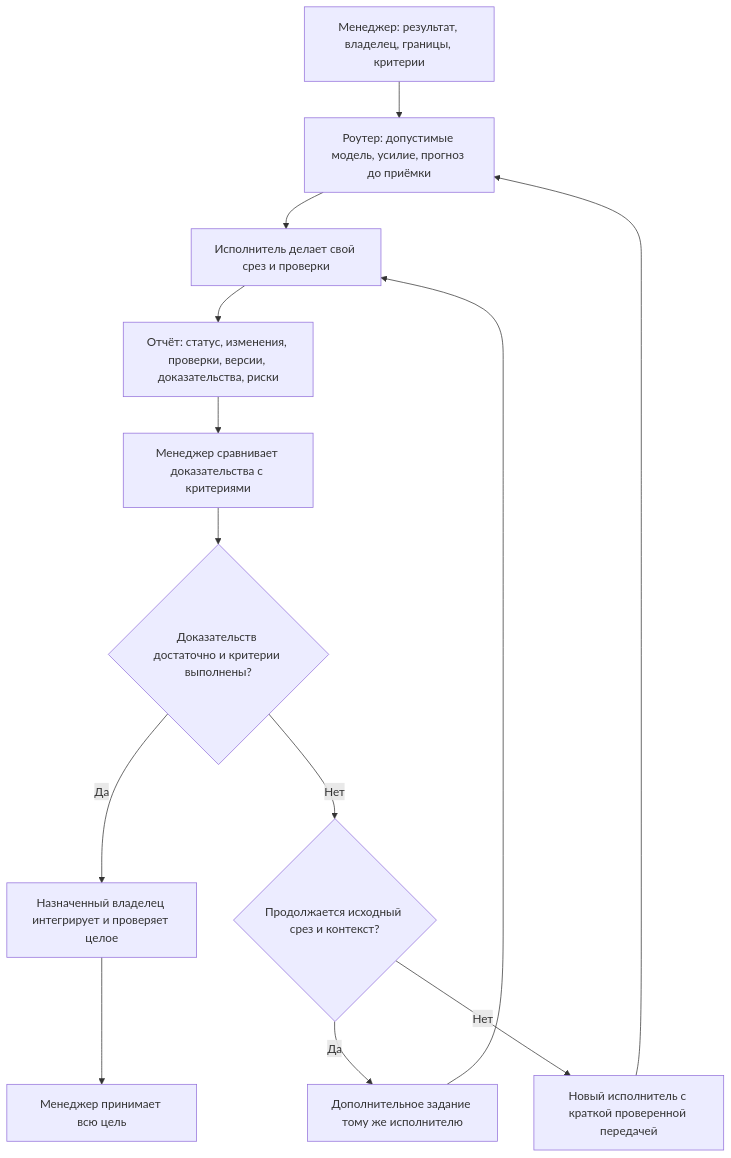
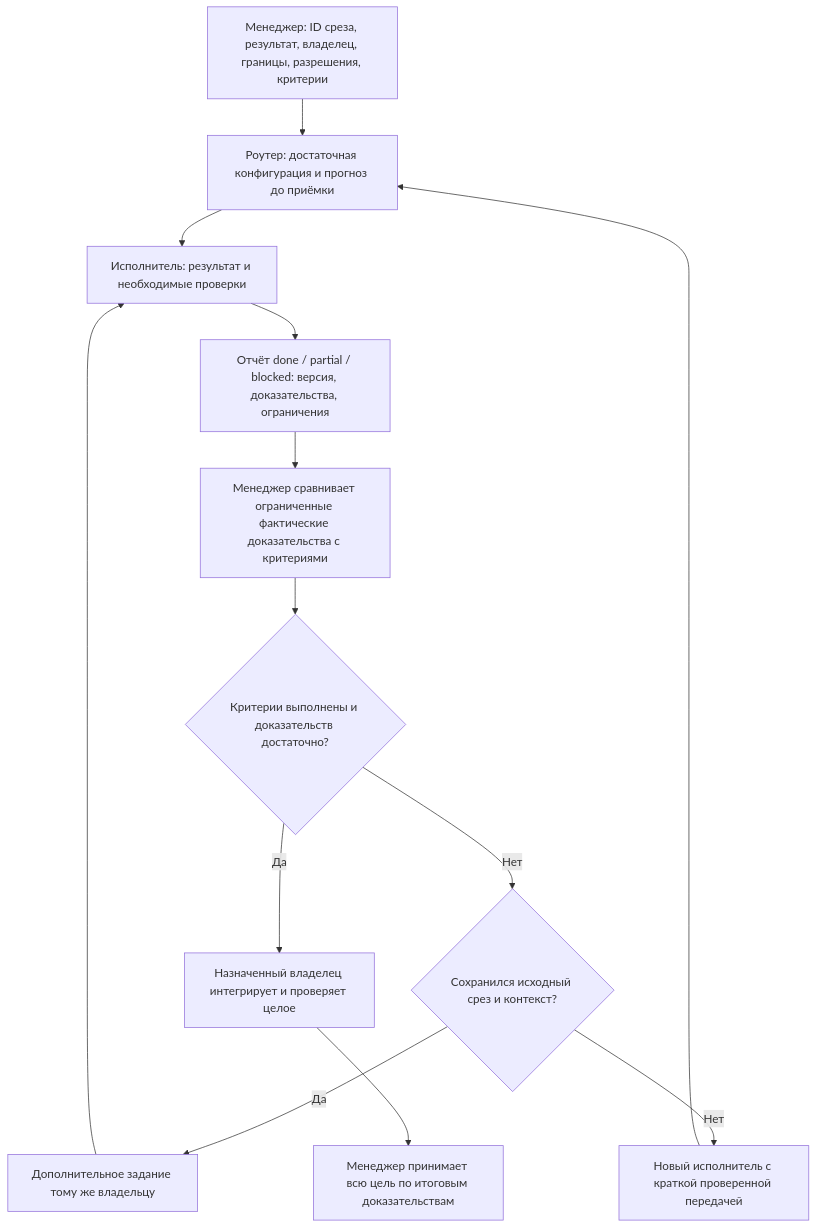
The fourth of 5 diagrams in docs/subagent-manager-visual-guide.md (Rattlhead/codex-agent-skills), drawn with Mermaid before and after one commit. The commit also changed other lines of this file and 1 other file, not shown here.

Commit message:
Update orchestrator visual guide with routed audit and publication flows

````diff
--- a/docs/subagent-manager-visual-guide.md
+++ b/docs/subagent-manager-visual-guide.md
@@ -66,15 +113,15 @@
 ```mermaid
 flowchart TD
-    A["Менеджер: результат, владелец, границы, критерии"] --> R["Роутер: допустимые модель, усилие, прогноз до приёмки"]
-    R --> W["Исполнитель делает свой срез и проверки"]
-    W --> H["Отчёт: статус, изменения, проверки, версии, доказательства, риски"]
-    H --> M["Менеджер сравнивает доказательства с критериями"]
-    M --> Q{"Доказательств достаточно и критерии выполнены?"}
-    Q -->|Да| I["Назначенный владелец интегрирует и проверяет целое"]
-    I --> F["Менеджер принимает всю цель"]
-    Q -->|Нет| N{"Продолжается исходный срез и контекст?"}
-    N -->|Да| C["Дополнительное задание тому же исполнителю"]
-    N -->|Нет| J["Новый исполнитель с краткой проверенной передачей"]
+    A["Менеджер: ID среза, результат, владелец, границы, разрешения, критерии"] --> R["Роутер: достаточная конфигурация и прогноз до приёмки"]
+    R --> W["Исполнитель: результат и необходимые проверки"]
+    W --> H["Отчёт done / partial / blocked: версия, доказательства, ограничения"]
+    H --> M["Менеджер сравнивает ограниченные фактические доказательства с критериями"]
+    M --> Q{"Критерии выполнены и доказательств достаточно?"}
+    Q -->|Нет| U{"Сохранился исходный срез и контекст?"}
+    U -->|Да| C["Дополнительное задание тому же владельцу"]
+    U -->|Нет| J["Новый исполнитель с краткой проверенной передачей"]
     C --> W
     J --> R
+    Q -->|Да| I["Назначенный владелец интегрирует и проверяет целое"]
+    I --> F["Менеджер принимает всю цель по итоговым доказательствам"]
 ```
````
